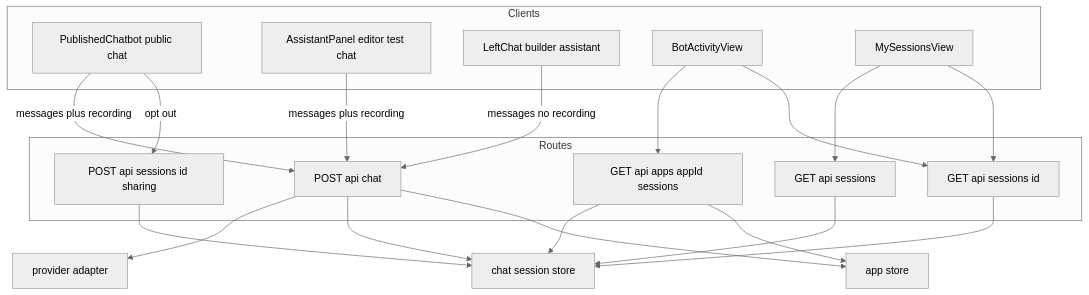
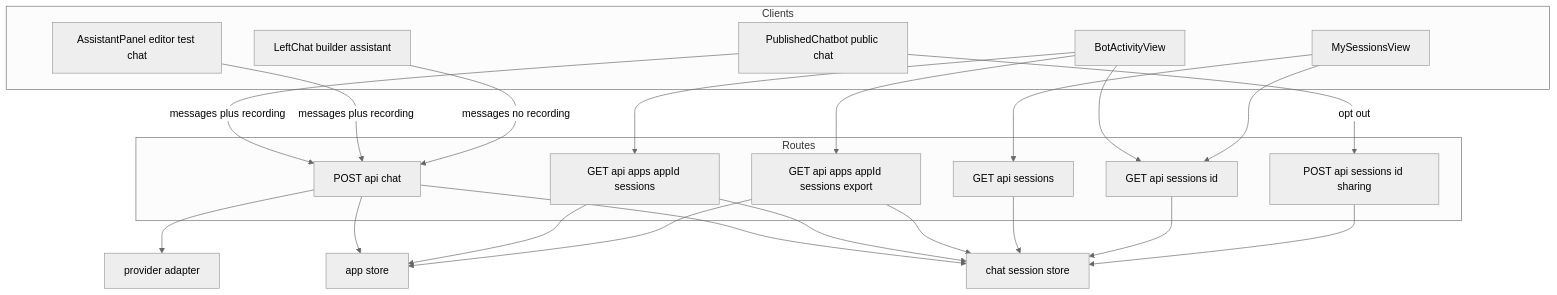
The first of 2 diagrams in .kiro/specs/bot-activity-sessions/design.md (ruiwei-xiao/teacher-prompting), drawn with Mermaid (neutral theme) before and after one commit. The commit also changed other lines of this file and 31 other files, not shown here.

````diff
--- a/.kiro/specs/bot-activity-sessions/design.md
+++ b/.kiro/specs/bot-activity-sessions/design.md
@@ -69,37 +69,41 @@
 ```mermaid
 graph TB
     subgraph Clients
         PublishedChatbot[PublishedChatbot public chat]
         AssistantPanel[AssistantPanel editor test chat]
         LeftChat[LeftChat builder assistant]
         ActivityView[BotActivityView]
         MySessionsView[MySessionsView]
     end
     subgraph Routes
         ChatRoute[POST api chat]
         OwnerList[GET api apps appId sessions]
+        OwnerExport[GET api apps appId sessions export]
         MyList[GET api sessions]
         Transcript[GET api sessions id]
         Sharing[POST api sessions id sharing]
     end
     Store[chat session store]
     AppStore[app store]
     AI[provider adapter]
 
     PublishedChatbot -->|messages plus recording| ChatRoute
     AssistantPanel -->|messages plus recording| ChatRoute
     LeftChat -->|messages no recording| ChatRoute
     PublishedChatbot -->|opt out| Sharing
     ActivityView --> OwnerList
+    ActivityView --> OwnerExport
     ActivityView --> Transcript
     MySessionsView --> MyList
     MySessionsView --> Transcript
     ChatRoute --> AI
     ChatRoute --> Store
     ChatRoute --> AppStore
     OwnerList --> Store
+    OwnerExport --> Store
     MyList --> Store
     Transcript --> Store
     Sharing --> Store
     OwnerList --> AppStore
+    OwnerExport --> AppStore
 ```
````
